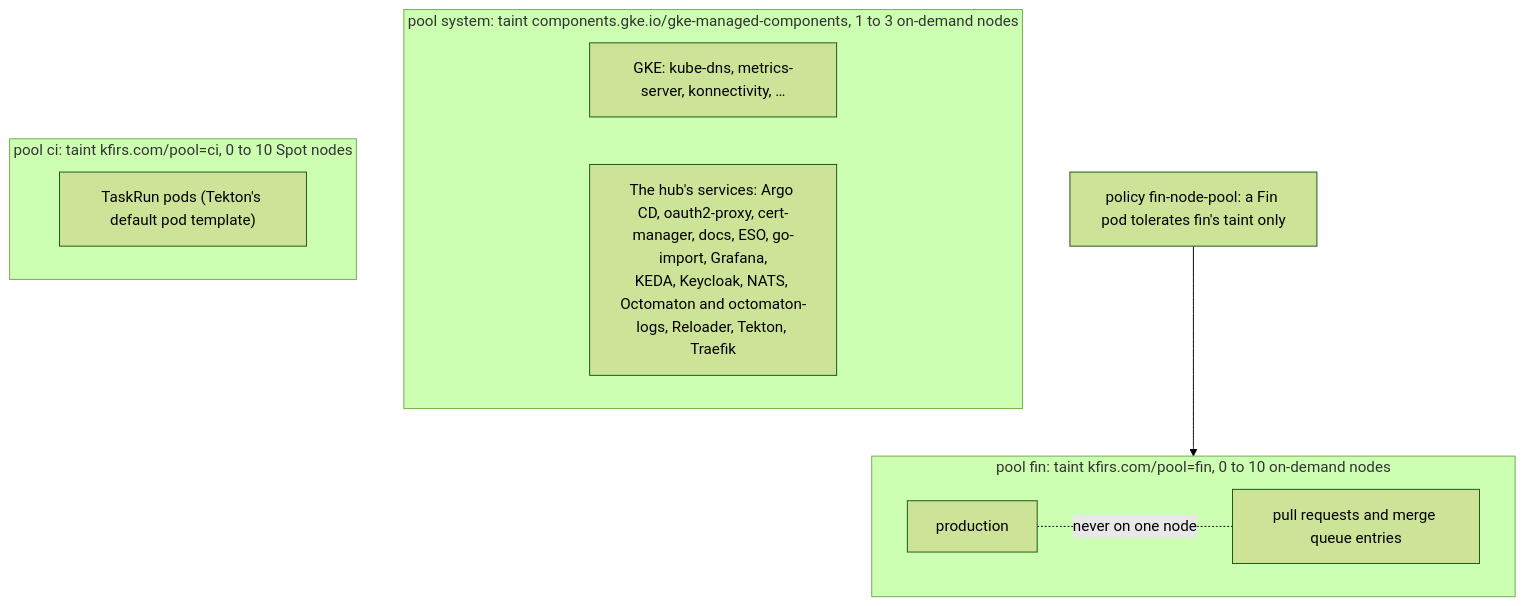
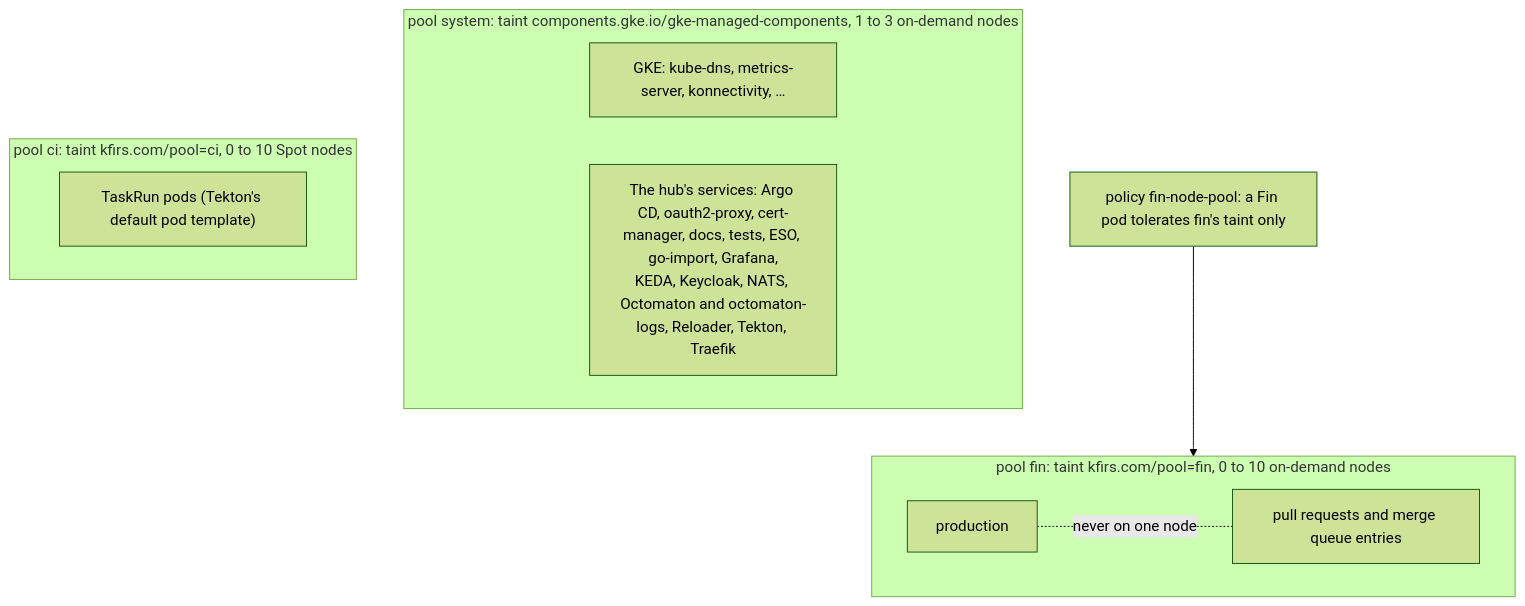
The diagram in docs/delivery/designs/node-pools.md (arikkfir-org/delivery), drawn with Mermaid (forest theme) before and after one commit. The commit also changed other lines of this file and 14 other files, not shown here.

````diff
--- a/docs/delivery/designs/node-pools.md
+++ b/docs/delivery/designs/node-pools.md
@@ -18,16 +18,16 @@
 ```mermaid
 flowchart TB
   subgraph system["pool system: taint components.gke.io/gke-managed-components, 1 to 3 on-demand nodes"]
     GKE["GKE: kube-dns, metrics-server, konnectivity, …"]
-    Hub["The hub's services: Argo CD, oauth2-proxy, cert-manager, docs, ESO, go-import, Grafana,<br/>KEDA, Keycloak, NATS, Octomaton and octomaton-logs, Reloader, Tekton, Traefik"]
+    Hub["The hub's services: Argo CD, oauth2-proxy, cert-manager, docs, tests, ESO, go-import, Grafana,<br/>KEDA, Keycloak, NATS, Octomaton and octomaton-logs, Reloader, Tekton, Traefik"]
   end
   subgraph ci["pool ci: taint kfirs.com/pool=ci, 0 to 10 Spot nodes"]
     Runs["TaskRun pods (Tekton's default pod template)"]
   end
   subgraph fin["pool fin: taint kfirs.com/pool=fin, 0 to 10 on-demand nodes"]
     Prod["production"]
     PRs["pull requests and merge queue entries"]
   end
   Prod -. "never on one node" .- PRs
   Policy["policy fin-node-pool: a Fin pod tolerates fin's taint only"] --> fin
 ```
````
